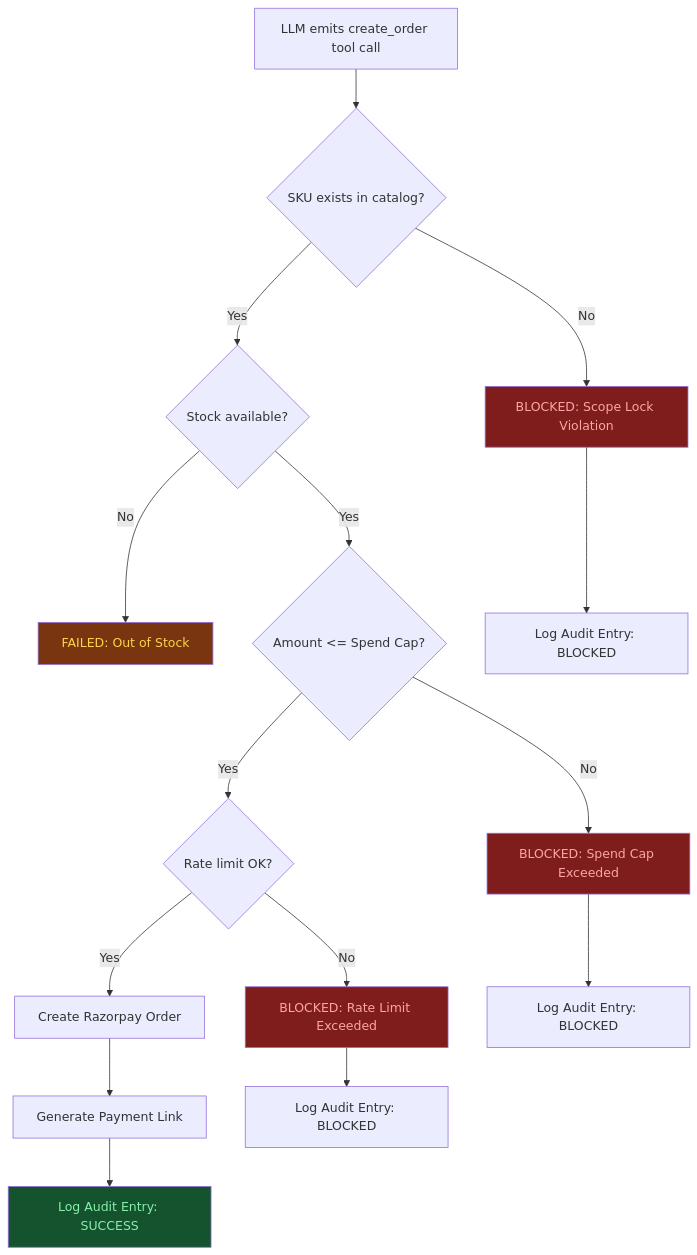
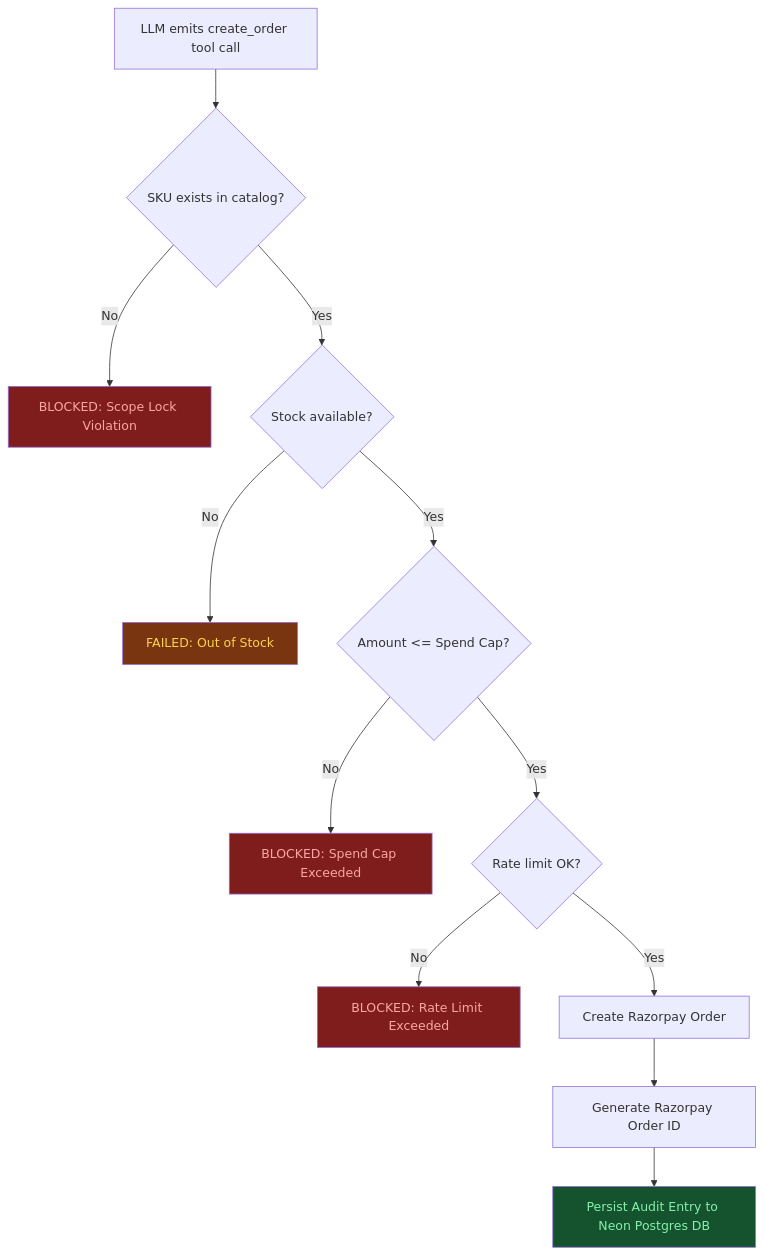
Before and after one commit to Vijajraj/Razorpay_checkout_agent: the third of 3 diagrams in README.md, drawn with Mermaid. The commit also changed other lines of this file, not shown here.

Commit message:
docs: update README with structured response architecture, stock verification API, and system diagrams

````diff
--- a/README.md
+++ b/README.md
@@ -95,24 +166,20 @@
 ```mermaid
 flowchart TD
     A[LLM emits create_order tool call] --> B{SKU exists in catalog?}
     B -- No --> X1[BLOCKED: Scope Lock Violation]
     B -- Yes --> C{Stock available?}
     C -- No --> X2[FAILED: Out of Stock]
     C -- Yes --> D{Amount <= Spend Cap?}
     D -- No --> X3[BLOCKED: Spend Cap Exceeded]
     D -- Yes --> E{Rate limit OK?}
     E -- No --> X4[BLOCKED: Rate Limit Exceeded]
     E -- Yes --> F[Create Razorpay Order]
-    F --> G[Generate Payment Link]
-    G --> H[Log Audit Entry: SUCCESS]
-
-    X1 --> L1[Log Audit Entry: BLOCKED]
-    X3 --> L2[Log Audit Entry: BLOCKED]
-    X4 --> L3[Log Audit Entry: BLOCKED]
+    F --> G[Generate Razorpay Order ID]
+    G --> H[Persist Audit Entry to Neon Postgres DB]
 
     style X1 fill:#7f1d1d,color:#fca5a5
     style X2 fill:#78350f,color:#fcd34d
     style X3 fill:#7f1d1d,color:#fca5a5
     style X4 fill:#7f1d1d,color:#fca5a5
     style H fill:#14532d,color:#86efac
 ```
````
